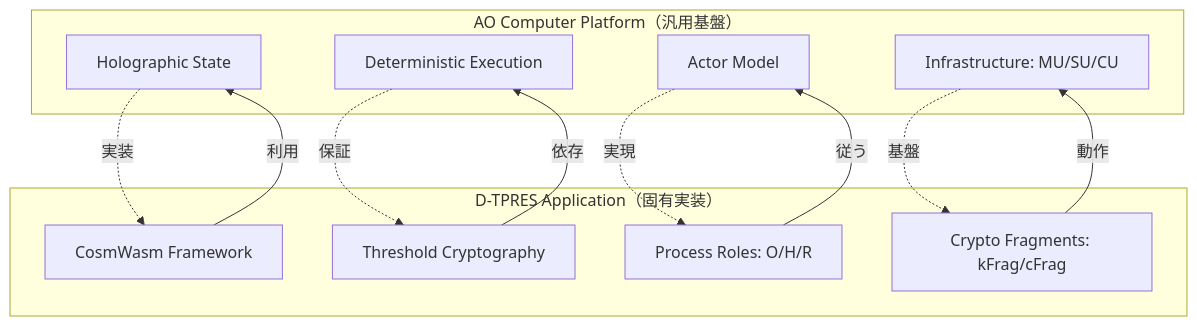
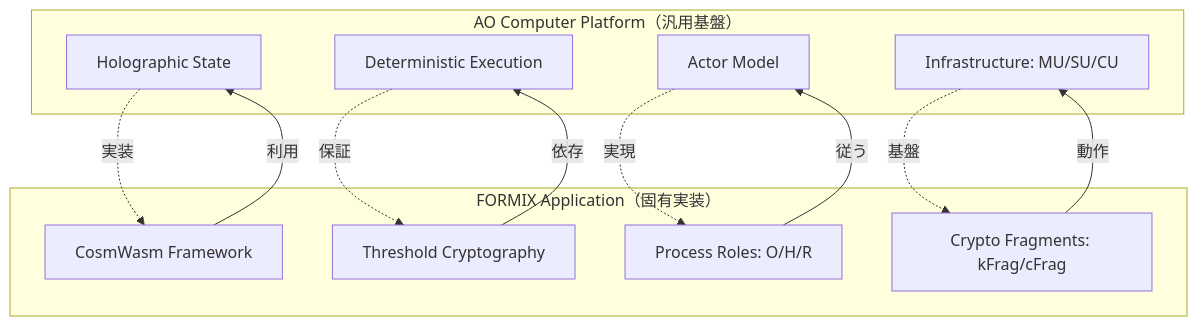
The first of 15 diagrams in docs/contracts/state/contract-state-detail.md (shodaimomiyama/D-TPRES), drawn with Mermaid before and after one commit. The commit also changed other lines of this file and 133 other files, not shown here.

First line of the commit message:
Rename D-TPRES to FORMIX across documentation and codebase

````diff
--- a/docs/contracts/state/contract-state-detail.md
+++ b/docs/contracts/state/contract-state-detail.md
@@ -42,26 +42,26 @@
 ```mermaid
 graph TB
     subgraph "AO Computer Platform（汎用基盤）"
         HS[Holographic State]
         AM[Actor Model]
         DX[Deterministic Execution]
         IN[Infrastructure: MU/SU/CU]
     end
 
-    subgraph "D-TPRES Application（固有実装）"
+    subgraph "FORMIX Application（固有実装）"
         CW[CosmWasm Framework]
         TC[Threshold Cryptography]
         PR[Process Roles: O/H/R]
         CF[Crypto Fragments: kFrag/cFrag]
     end
 
     HS -.->|実装| CW
     AM -.->|実現| PR
     DX -.->|保証| TC
     IN -.->|基盤| CF
 
     CW -->|利用| HS
     PR -->|従う| AM
     TC -->|依存| DX
     CF -->|動作| IN
 ```
````
